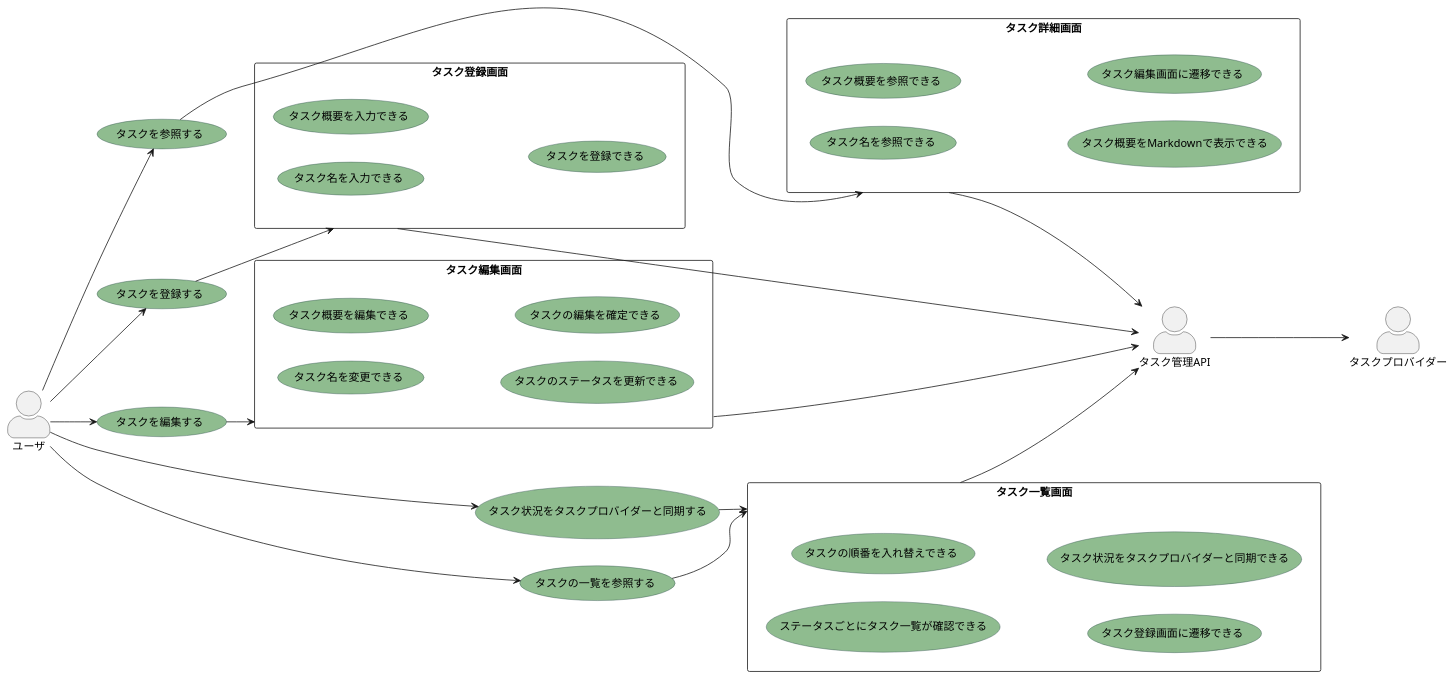
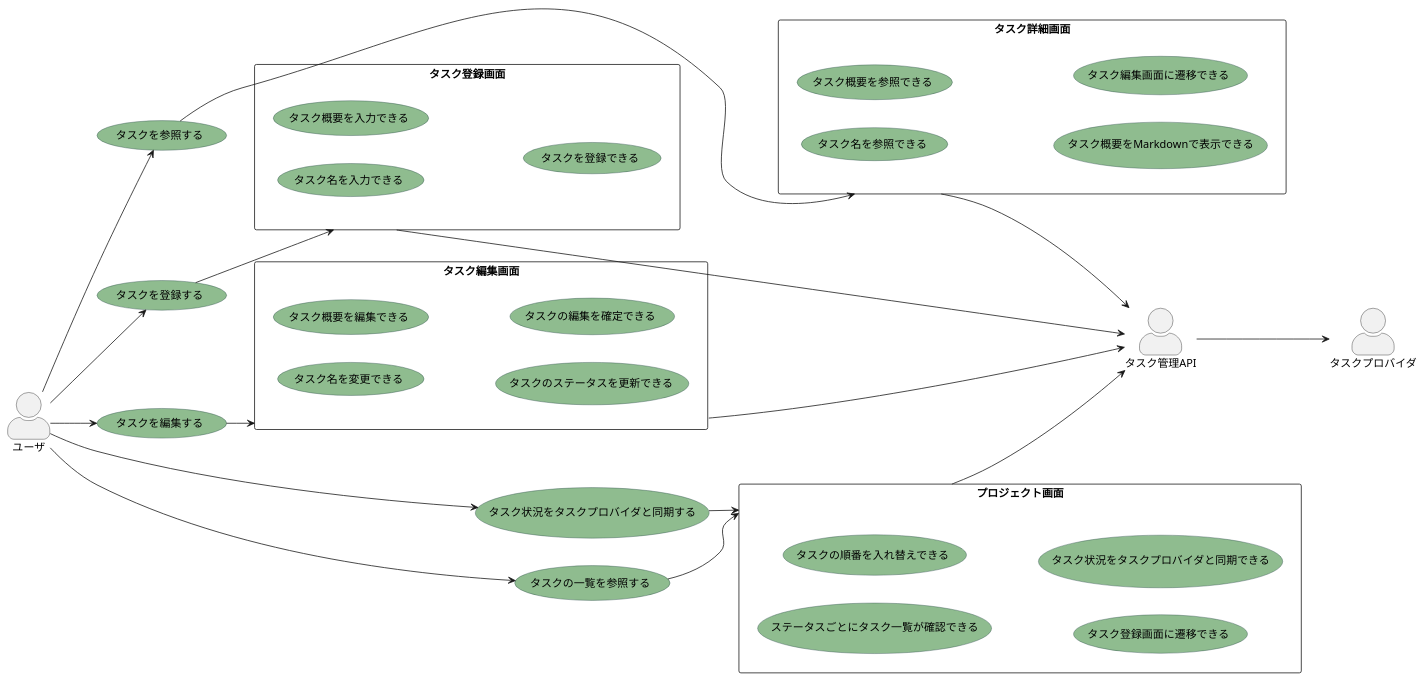
Before and after one commit to yuya-okada527/panopticon-docs: the diagram in docs/mvp/usecase.pu, drawn with PlantUML. The commit also changed 3 other files, not shown here.

Commit message:
add er diagram

```diff
--- a/docs/mvp/usecase.pu
+++ b/docs/mvp/usecase.pu
@@ -1,65 +1,65 @@
 @startuml MVP
 ' 設定
 left to right direction
 skinparam actorStyle awesome
 skinparam usecase {
   BackgroundColor DarkSeaGreen
   BorderColor DarkSlateGray
 }
 ' ユースケース
 usecase タスクを登録する
 usecase タスクを編集する
 usecase タスクを参照する
 usecase タスクの一覧を参照する
-usecase タスク状況をタスクプロバイダーと同期する
+usecase タスク状況をタスクプロバイダと同期する
 
 ' 画面
 rectangle タスク登録画面 {
   usecase タスク名を入力できる
   usecase タスク概要を入力できる
   usecase タスクを登録できる
 }
 rectangle タスク編集画面 {
   usecase タスク名を変更できる
   usecase タスク概要を編集できる
   usecase タスクのステータスを更新できる
   usecase タスクの編集を確定できる
 }
 rectangle タスク詳細画面 {
   usecase タスク名を参照できる
   usecase タスク概要を参照できる
   usecase タスク概要をMarkdownで表示できる
   usecase タスク編集画面に遷移できる
 }
-rectangle タスク一覧画面 {
+rectangle プロジェクト画面 {
   usecase ステータスごとにタスク一覧が確認できる
   usecase タスクのステータスを更新できる
   usecase タスクの順番を入れ替えできる
   usecase タスク登録画面に遷移できる
-  usecase タスク状況をタスクプロバイダーと同期できる
+  usecase タスク状況をタスクプロバイダと同期できる
 }
 
 ' アクター
 actor ユーザ
 ユーザ --> タスクを登録する
 ユーザ --> タスクを編集する
 ユーザ --> タスクを参照する
 ユーザ --> タスクの一覧を参照する
-ユーザ --> タスク状況をタスクプロバイダーと同期する
+ユーザ --> タスク状況をタスクプロバイダと同期する
 
 タスクを登録する --> タスク登録画面
 タスクを編集する --> タスク編集画面
 タスクを参照する --> タスク詳細画面
-タスクの一覧を参照する --> タスク一覧画面
-タスク状況をタスクプロバイダーと同期する --> タスク一覧画面
+タスクの一覧を参照する --> プロジェクト画面
+タスク状況をタスクプロバイダと同期する --> プロジェクト画面
 
 actor タスク管理API
 タスク登録画面 --> タスク管理API
 タスク編集画面 --> タスク管理API
 タスク詳細画面 --> タスク管理API
-タスク一覧画面 --> タスク管理API
+プロジェクト画面 --> タスク管理API
 
-actor タスクプロバイダー
-タスク管理API --> タスクプロバイダー
+actor タスクプロバイダ
+タスク管理API --> タスクプロバイダ
 
 @enduml
```
